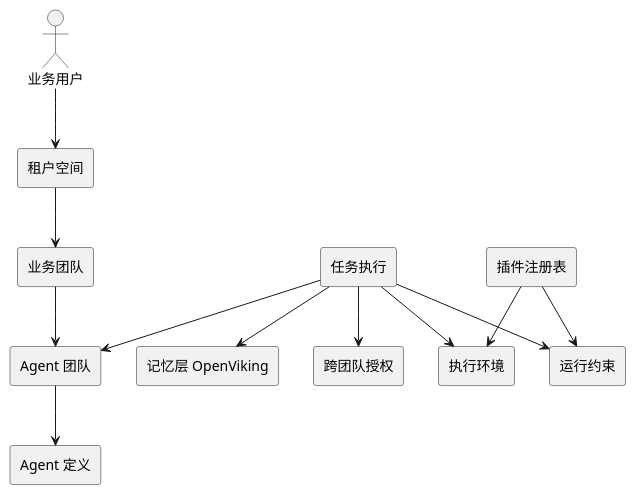
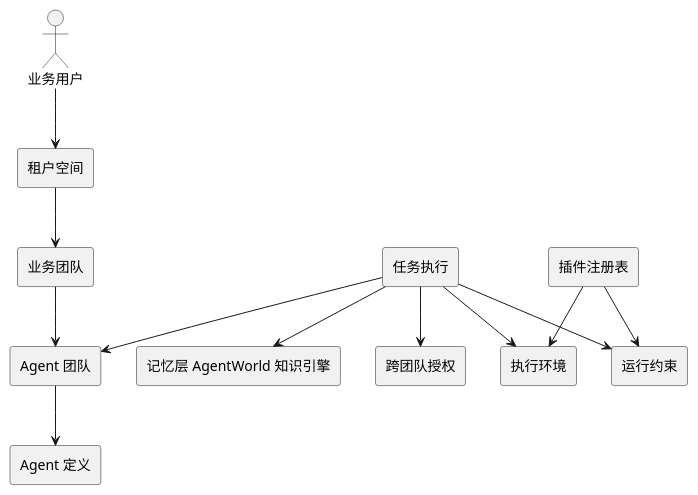
The first of 5 diagrams in docs/system-design.zh-CN.md (SimonMing47/agent-world), drawn with PlantUML before and after one commit. The commit also changed other lines of this file and 224 other files, not shown here.

Commit message:
Replace OpenViking with native knowledge engine

````diff
--- a/docs/system-design.zh-CN.md
+++ b/docs/system-design.zh-CN.md
@@ -34,28 +34,28 @@
 ```plantuml
 @startuml
 skinparam componentStyle rectangle
 actor User as "业务用户"
 component "租户空间" as Tenant
 component "业务团队" as BT
 component "Agent 团队" as AT
 component "Agent 定义" as Agent
 component "运行约束" as Policy
 component "跨团队授权" as Grant
 component "任务执行" as Task
 component "执行环境" as Env
-component "记忆层 OpenViking" as Memory
+component "记忆层 AgentWorld 知识引擎" as Memory
 component "插件注册表" as Plugin
 
 User --> Tenant
 Tenant --> BT
 BT --> AT
 AT --> Agent
 Task --> AT
 Task --> Policy
 Task --> Grant
 Task --> Env
 Task --> Memory
 Plugin --> Policy
 Plugin --> Env
 @enduml
 ```
````
